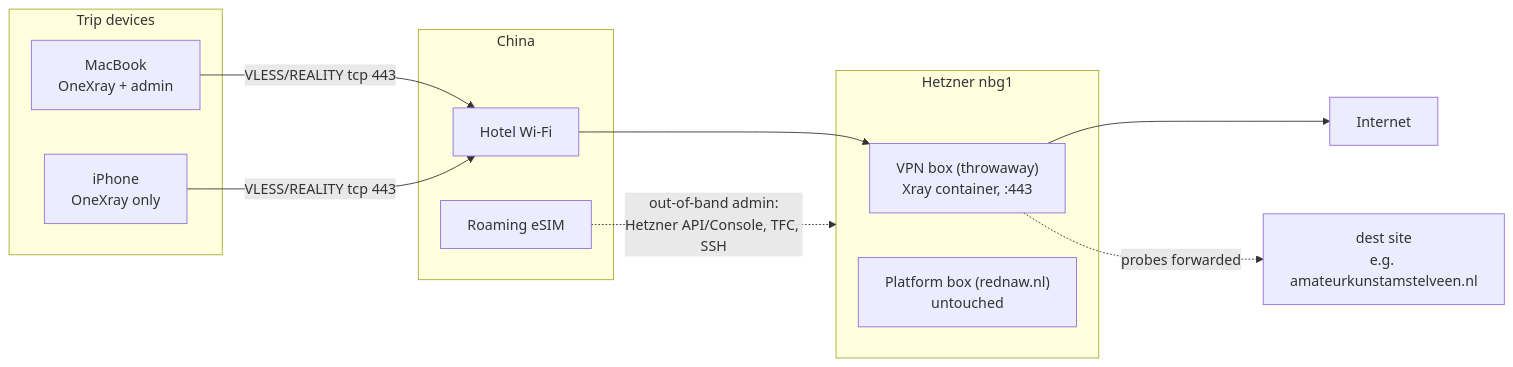
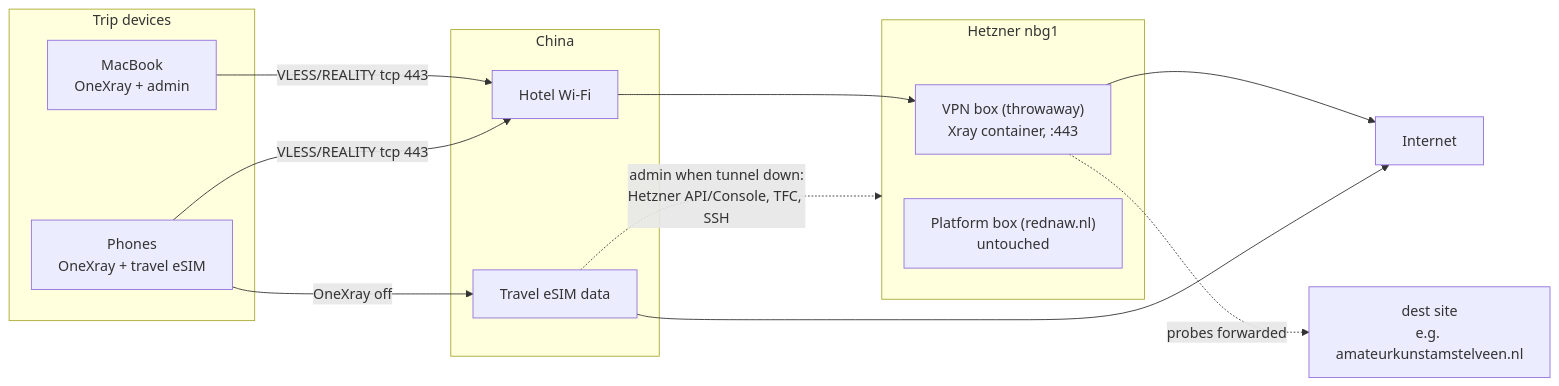
The diagram in .cursor/ideas/vpn-travel-china-manual.md (rednaw/iac), drawn with Mermaid before and after one commit. The commit also changed other lines of this file and 4 other files, not shown here.

````diff
--- a/.cursor/ideas/vpn-travel-china-manual.md
+++ b/.cursor/ideas/vpn-travel-china-manual.md
@@ -38,20 +38,21 @@
 ```mermaid
 flowchart LR
   subgraph devices [Trip devices]
     mac[MacBook<br/>OneXray + admin]
-    ip[iPhone<br/>OneXray only]
+    phones[Phones<br/>OneXray + travel eSIM]
   end
   subgraph cn [China]
     hotel[Hotel Wi-Fi]
-    esim[Roaming eSIM]
+    cell[Travel eSIM data]
   end
   subgraph hetzner [Hetzner nbg1]
     vpn["VPN box (throwaway)<br/>Xray container, :443"]
     platform["Platform box (rednaw.nl)<br/>untouched"]
   end
   dest[dest site<br/>e.g. amateurkunstamstelveen.nl]
   net[Internet]
-  mac & ip -->|VLESS/REALITY tcp 443| hotel --> vpn --> net
+  mac & phones -->|VLESS/REALITY tcp 443| hotel --> vpn --> net
+  phones -->|OneXray off| cell --> net
   vpn -.->|probes forwarded| dest
-  esim -.->|out-of-band admin:<br/>Hetzner API/Console, TFC, SSH| hetzner
+  cell -.->|admin when tunnel down:<br/>Hetzner API/Console, TFC, SSH| hetzner
 ```
````
